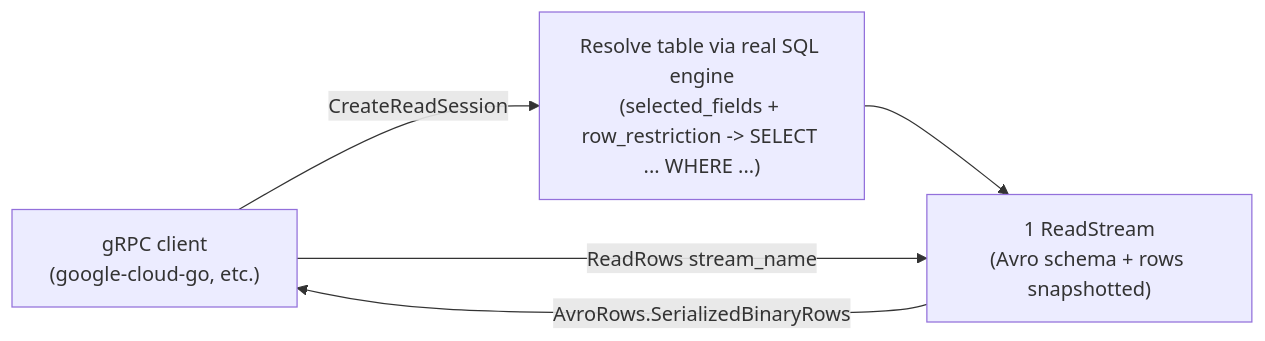
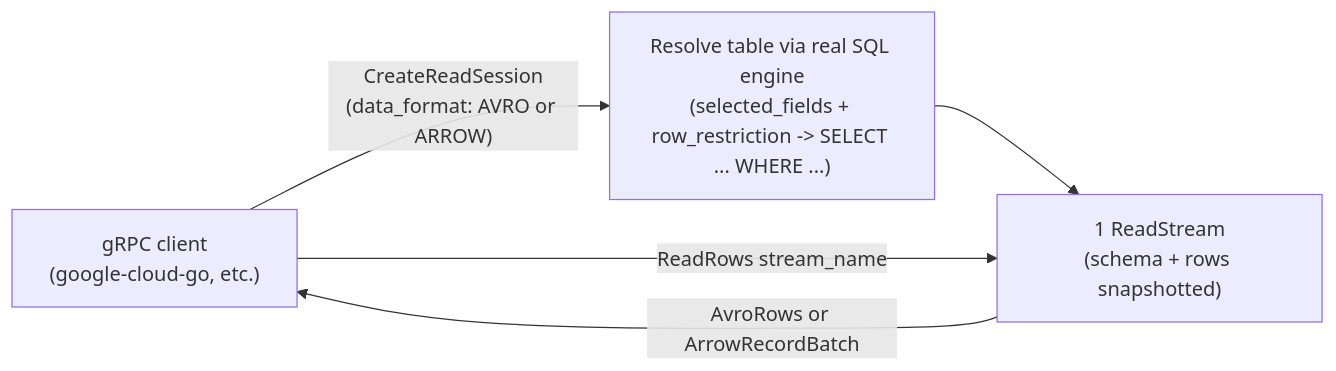
The ninth of 11 diagrams in README.md (lraigosov/LocaQL), drawn with Mermaid before and after one commit. The commit also changed other lines of this file and 28 other files, not shown here.

````diff
--- a/README.md
+++ b/README.md
@@ -755,7 +781,7 @@
 ```mermaid
 flowchart LR
-	Client["gRPC client\n(google-cloud-go, etc.)"] -->|CreateReadSession| Session["Resolve table via real SQL engine\n(selected_fields + row_restriction -> SELECT ... WHERE ...)"]
-	Session --> Stream["1 ReadStream\n(Avro schema + rows snapshotted)"]
+	Client["gRPC client\n(google-cloud-go, etc.)"] -->|"CreateReadSession\n(data_format: AVRO or ARROW)"| Session["Resolve table via real SQL engine\n(selected_fields + row_restriction -> SELECT ... WHERE ...)"]
+	Session --> Stream["1 ReadStream\n(schema + rows snapshotted)"]
 	Client -->|ReadRows stream_name| Stream
-	Stream -->|AvroRows.SerializedBinaryRows| Client
+	Stream -->|AvroRows or ArrowRecordBatch| Client
 ```
````
